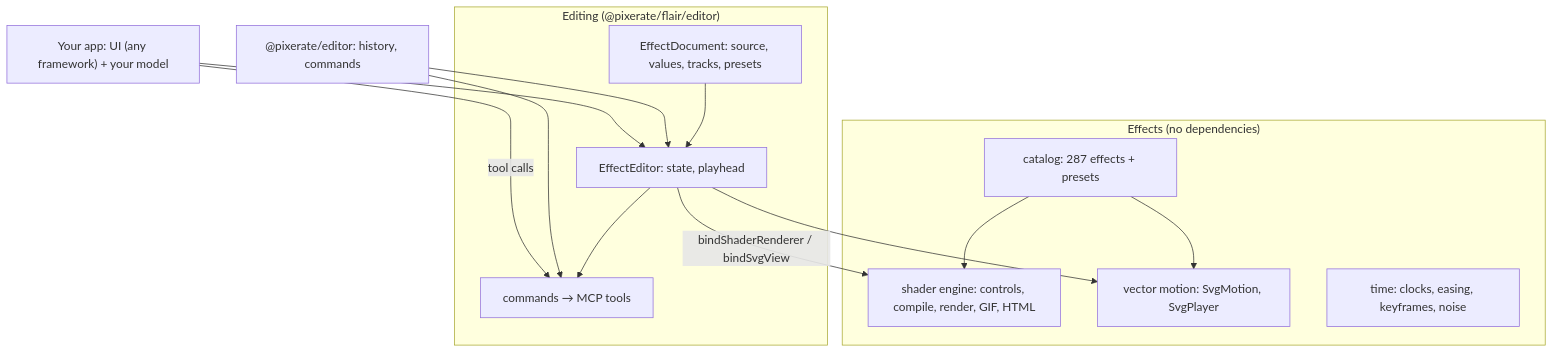
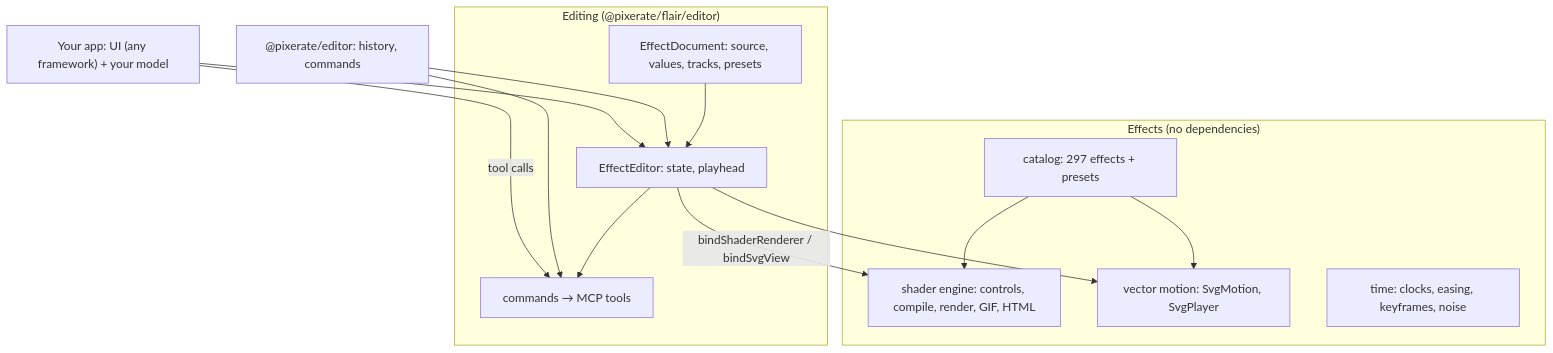
The diagram in README.md (Pixerate/flair), drawn with Mermaid before and after one commit. The commit also changed other lines of this file and 6 other files, not shown here.

First line of the commit message:
feat(catalog): lighting, effects that relight a picture (#30)

````diff
--- a/README.md
+++ b/README.md
@@ -58,27 +58,27 @@
 ```mermaid
 graph TD
   subgraph Effects["Effects (no dependencies)"]
-    Catalog["catalog: 287 effects + presets"]
+    Catalog["catalog: 297 effects + presets"]
     Shader["shader engine: controls, compile, render, GIF, HTML"]
     Vector["vector motion: SvgMotion, SvgPlayer"]
     Time["time: clocks, easing, keyframes, noise"]
   end
   subgraph Editing["Editing (@pixerate/flair/editor)"]
     Doc["EffectDocument: source, values, tracks, presets"]
     Editor["EffectEditor: state, playhead"]
     Cmds["commands → MCP tools"]
   end
   PE["@pixerate/editor: history, commands"]
   Host["Your app: UI (any framework) + your model"]
 
   Catalog --> Shader
   Catalog --> Vector
   Doc --> Editor
   Editor --> Cmds
   PE --> Editor
   PE --> Cmds
   Editor -- bindShaderRenderer / bindSvgView --> Shader
   Editor --> Vector
   Host --> Editor
   Host -- tool calls --> Cmds
 ```
````
